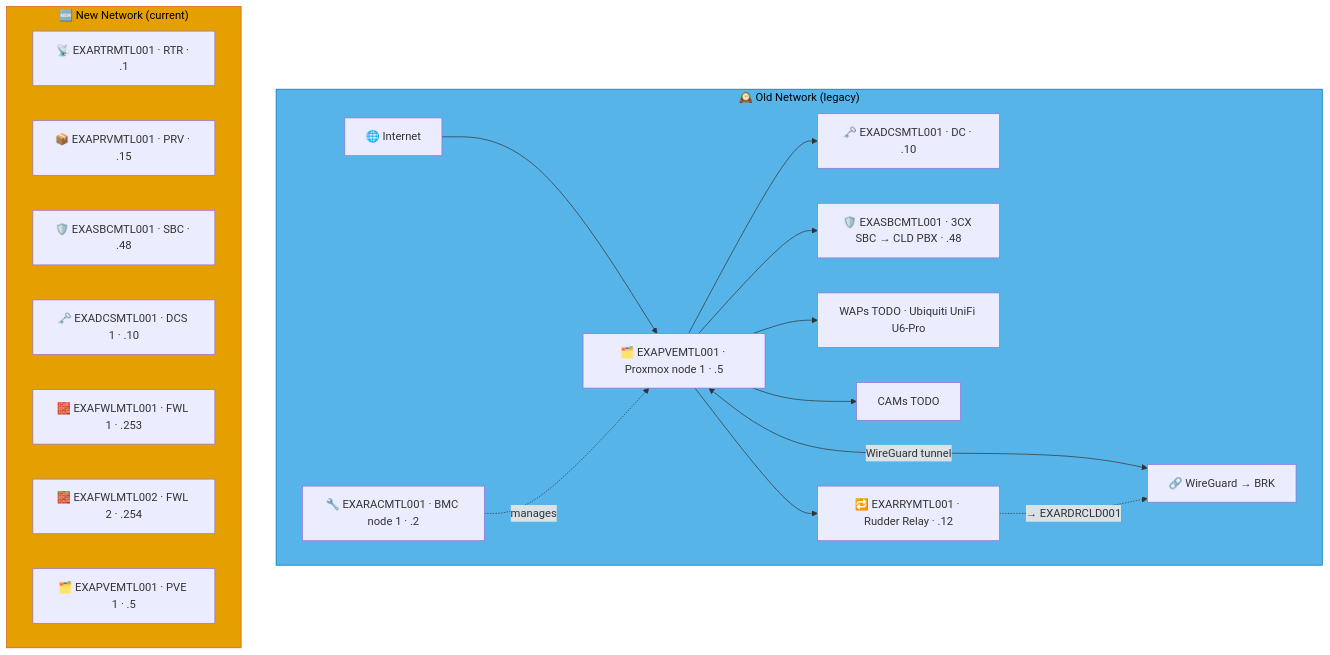
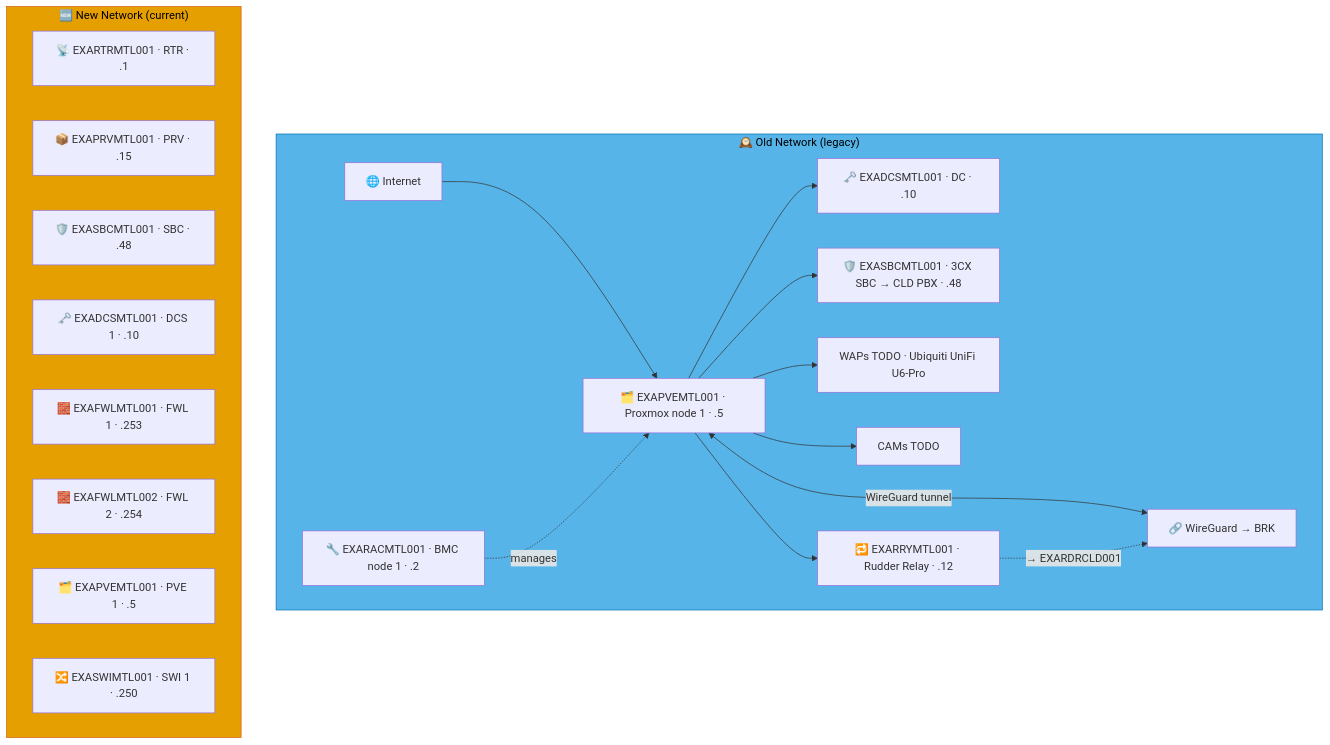
One commit to knightmare2600/example_music_infra changed the third of 3 diagrams in docs/network-diagram/canada.md. Above: the diagram before and after it, drawn with Mermaid. The commit also changed other lines of this file and 12 other files, not shown here.

````diff
--- a/docs/network-diagram/canada.md
+++ b/docs/network-diagram/canada.md
@@ -134,35 +137,36 @@
 ```mermaid
 graph TD
     subgraph OLD_MTL ["🕰️ Old Network (legacy)"]
       INET["🌐 Internet"]
       RAC["🔧 EXARACMTL001 · BMC node 1 · .2"]
       PVE["🗂️ EXAPVEMTL001 · Proxmox node 1 · .5"]
       DC["🗝️ EXADCSMTL001 · DC · .10"]
       SBC["🛡️ EXASBCMTL001 · 3CX SBC → CLD PBX · .48"]
       RRY["🔁 EXARRYMTL001 · Rudder Relay · .12"]
       WAP["WAPs TODO · Ubiquiti UniFi U6-Pro"]
       CAM["CAMs TODO"]
       VPN["🔗 WireGuard → BRK"]
 
       INET --> PVE --> DC & SBC
       RAC -.->|"manages"| PVE
       PVE --> WAP & CAM
       PVE <-->|"WireGuard tunnel"| VPN
 
       PVE --> RRY
       RRY -. "→ EXARDRCLD001" .-> VPN
     end
     style OLD_MTL fill:#56B4E9,stroke:#0072B2,color:#000000
     %% GENERATED:NEW-NETWORK:MTL:START
     subgraph NEW_MTL ["🆕 New Network (current)"]
       N_RTR["📡 EXARTRMTL001 · RTR · .1"]
       N_PRV["📦 EXAPRVMTL001 · PRV · .15"]
       N_SBC["🛡️ EXASBCMTL001 · SBC · .48"]
       N_DCS["🗝️ EXADCSMTL001 · DCS 1 · .10"]
       N_FWL["🧱 EXAFWLMTL001 · FWL 1 · .253"]
       N_FWL2["🧱 EXAFWLMTL002 · FWL 2 · .254"]
       N_PVE["🗂️ EXAPVEMTL001 · PVE 1 · .5"]
+      N_SWI["🔀 EXASWIMTL001 · SWI 1 · .250"]
     end
     style NEW_MTL fill:#E69F00,stroke:#D55E00,color:#000000
     %% GENERATED:NEW-NETWORK:MTL:END
 ```
````
